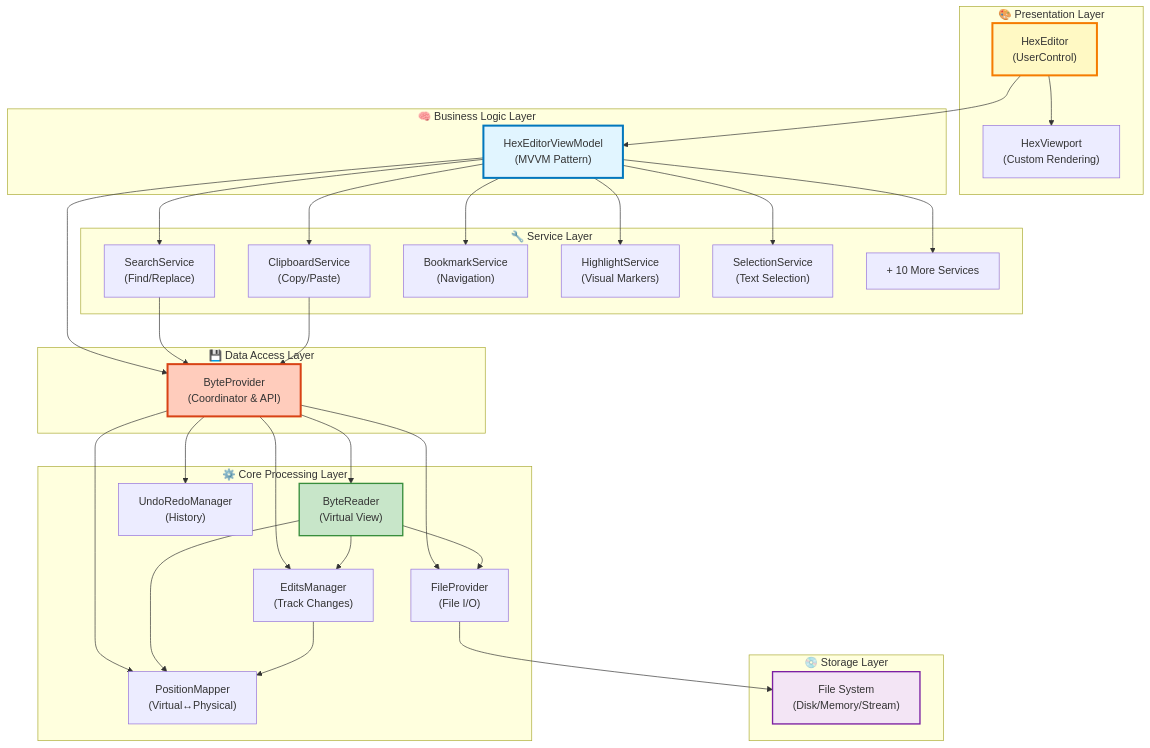
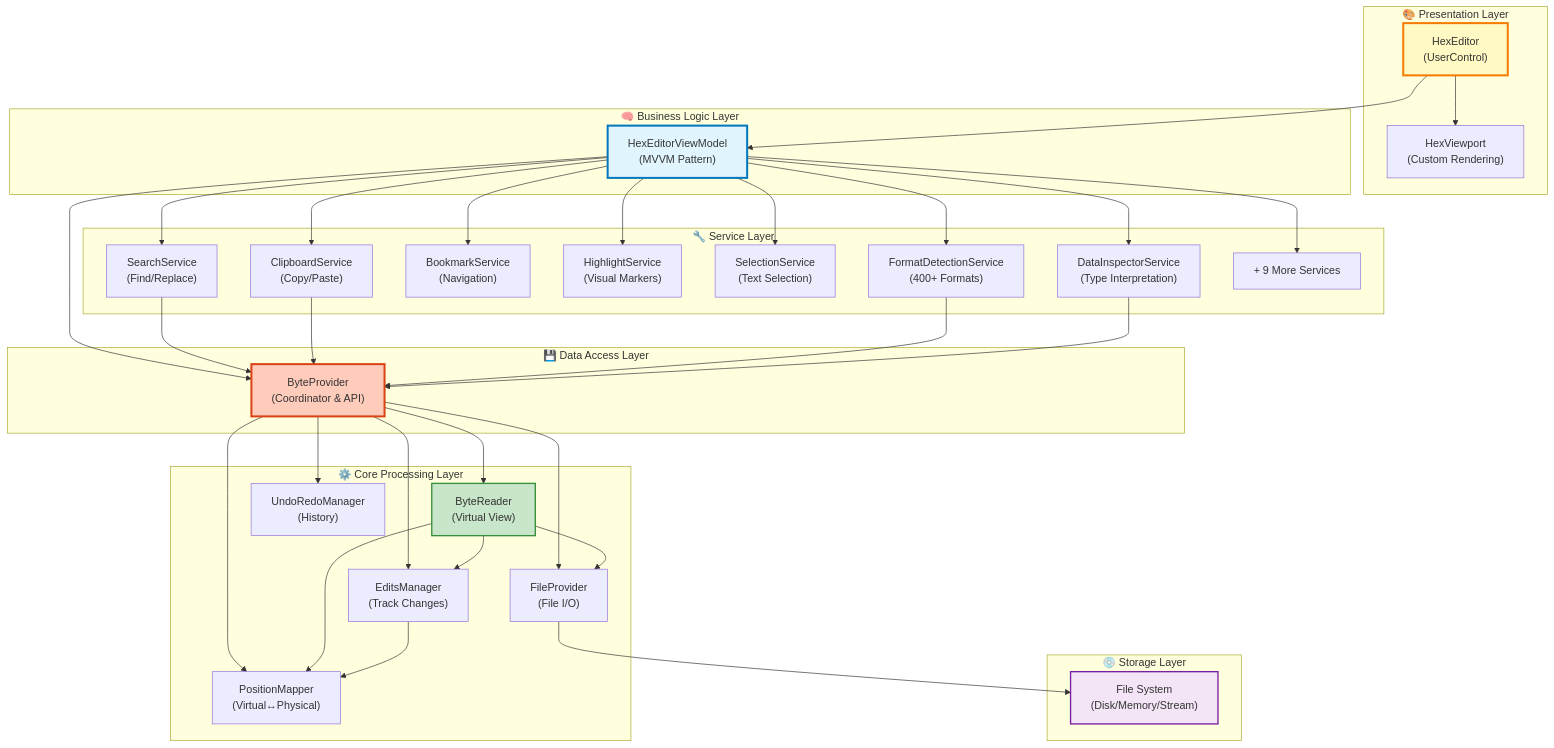
One commit to abbaye/WpfHexEditorIDE changed the first of 5 diagrams in docs/architecture/Overview.md. Above: the diagram before and after it, drawn with Mermaid. The commit also changed other lines of this file, not shown here.

First line of the commit message:
docs: Revamp architecture Overview with Feb 2026 advanced features

````diff
--- a/docs/architecture/Overview.md
+++ b/docs/architecture/Overview.md
@@ -77,71 +88,77 @@
 ```mermaid
 graph TB
     subgraph "🎨 Presentation Layer"
         HexEditor["HexEditor Control<br/>(Main API)"]
         HexEditor["HexEditor<br/>(UserControl)"]
         HexViewport["HexViewport<br/>(Custom Rendering)"]
     end
 
     subgraph "🧠 Business Logic Layer"
         ViewModel["HexEditorViewModel<br/>(MVVM Pattern)"]
     end
 
     subgraph "🔧 Service Layer"
         SearchService["SearchService<br/>(Find/Replace)"]
         ClipboardService["ClipboardService<br/>(Copy/Paste)"]
         BookmarkService["BookmarkService<br/>(Navigation)"]
         HighlightService["HighlightService<br/>(Visual Markers)"]
         SelectionService["SelectionService<br/>(Text Selection)"]
-        Others["+ 10 More Services"]
+        FormatDetectionService["FormatDetectionService<br/>(400+ Formats)"]
+        DataInspectorService["DataInspectorService<br/>(Type Interpretation)"]
+        Others["+ 9 More Services"]
     end
 
     subgraph "💾 Data Access Layer"
         ByteProvider["ByteProvider<br/>(Coordinator & API)"]
     end
 
     subgraph "⚙️ Core Processing Layer"
         ByteReader["ByteReader<br/>(Virtual View)"]
         EditsManager["EditsManager<br/>(Track Changes)"]
         PositionMapper["PositionMapper<br/>(Virtual↔Physical)"]
         UndoRedoManager["UndoRedoManager<br/>(History)"]
         FileProvider["FileProvider<br/>(File I/O)"]
     end
 
     subgraph "💿 Storage Layer"
         FileSystem["File System<br/>(Disk/Memory/Stream)"]
     end
 
     HexEditor --> HexViewport
     HexEditor --> ViewModel
 
     ViewModel --> SearchService
     ViewModel --> ClipboardService
     ViewModel --> BookmarkService
     ViewModel --> HighlightService
     ViewModel --> SelectionService
+    ViewModel --> FormatDetectionService
+    ViewModel --> DataInspectorService
     ViewModel --> Others
 
     ViewModel --> ByteProvider
     SearchService --> ByteProvider
     ClipboardService --> ByteProvider
+    FormatDetectionService --> ByteProvider
+    DataInspectorService --> ByteProvider
 
     ByteProvider --> ByteReader
     ByteProvider --> EditsManager
     ByteProvider --> PositionMapper
     ByteProvider --> UndoRedoManager
     ByteProvider --> FileProvider
 
     ByteReader --> EditsManager
     ByteReader --> PositionMapper
     ByteReader --> FileProvider
 
     EditsManager --> PositionMapper
 
     FileProvider --> FileSystem
 
     style HexEditor fill:#fff9c4,stroke:#f57c00,stroke-width:3px
     style ViewModel fill:#e1f5ff,stroke:#0277bd,stroke-width:3px
     style ByteProvider fill:#ffccbc,stroke:#d84315,stroke-width:3px
     style ByteReader fill:#c8e6c9,stroke:#388e3c,stroke-width:2px
     style FileSystem fill:#f3e5f5,stroke:#7b1fa2,stroke-width:2px
 ```
````
